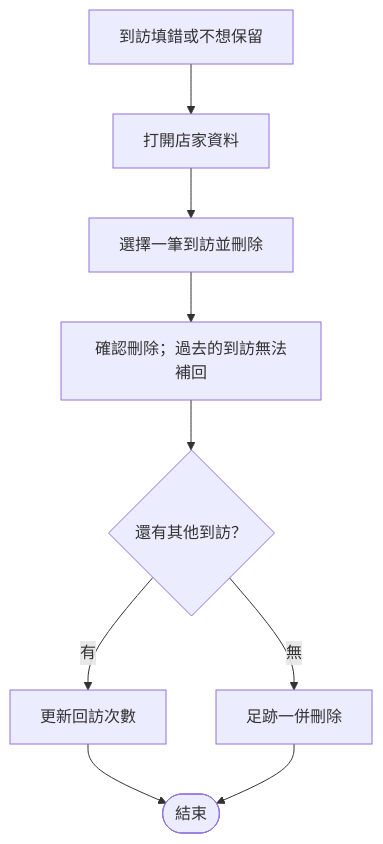
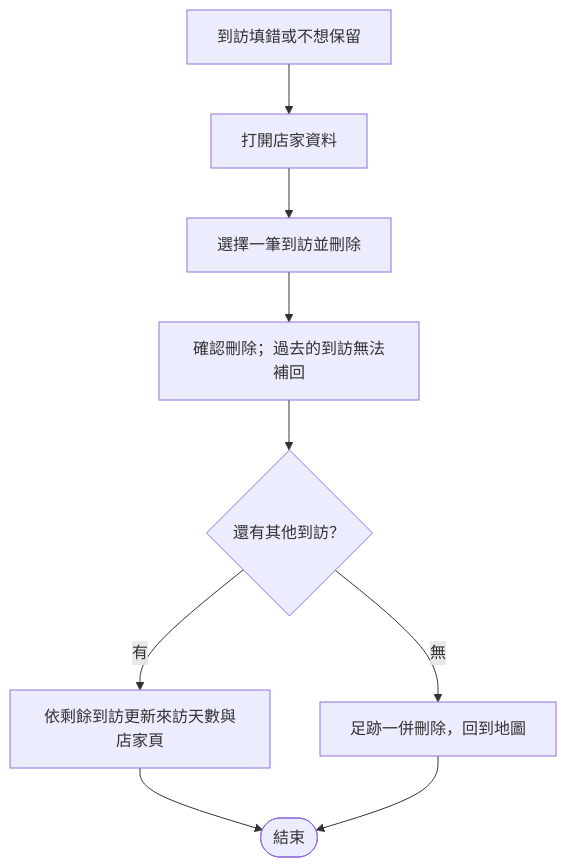
The fourth of 5 diagrams in DOC/user_stories/mvp-user-scenarios.md (TooruTW/anaba), drawn with Mermaid before and after one commit. The commit also changed other lines of this file and 7 other files, not shown here.

````diff
--- a/DOC/user_stories/mvp-user-scenarios.md
+++ b/DOC/user_stories/mvp-user-scenarios.md
@@ -55,11 +55,11 @@
 ```mermaid
 flowchart TD
     A[到訪填錯或不想保留] --> B[打開店家資料]
     B --> C[選擇一筆到訪並刪除]
     C --> D[確認刪除；過去的到訪無法補回]
     D --> E{還有其他到訪？}
-    E -- 有 --> F[更新回訪次數]
-    E -- 無 --> G[足跡一併刪除]
+    E -- 有 --> F[依剩餘到訪更新來訪天數與店家頁]
+    E -- 無 --> G[足跡一併刪除，回到地圖]
     F --> H([結束])
     G --> H
 ```
````
